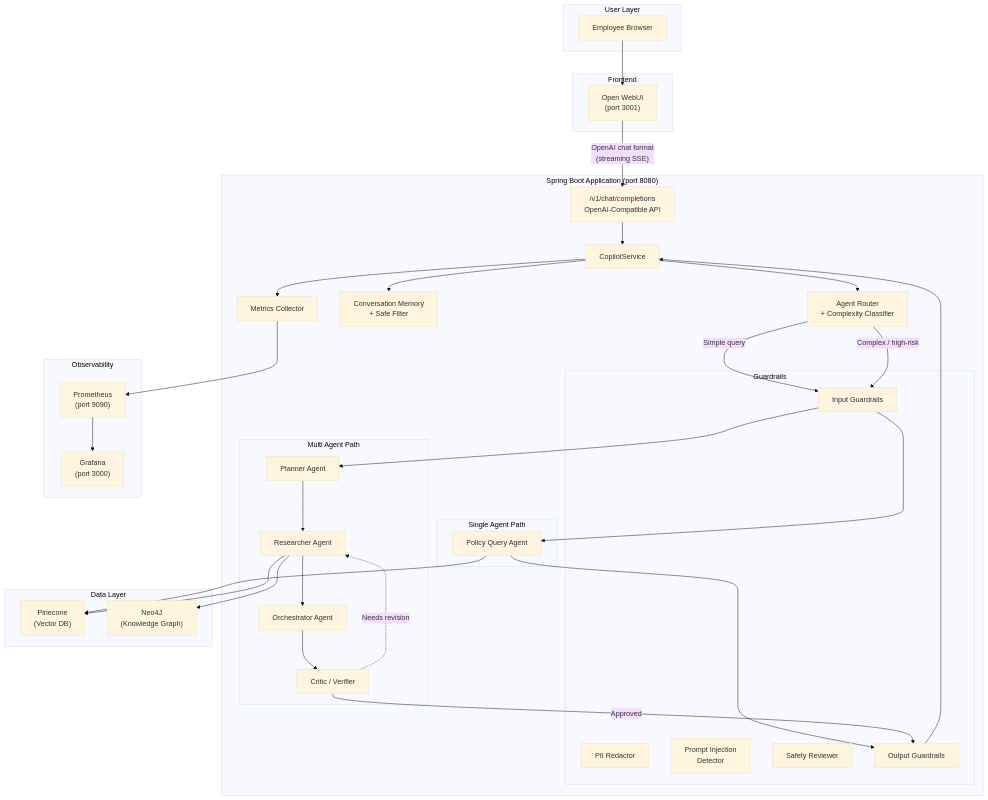
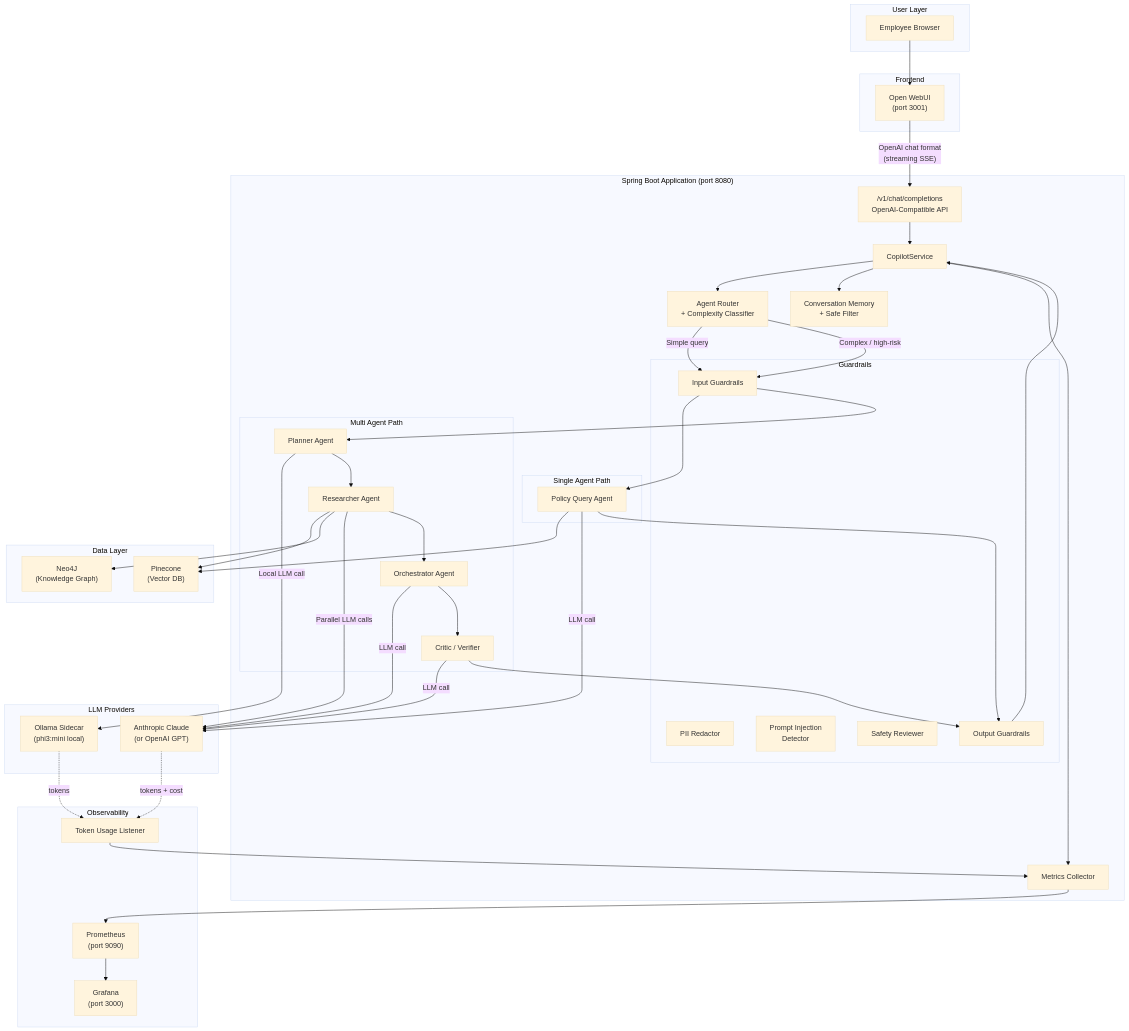
Before and after one commit to kantheti73/policy_incident_copilot: the first of 2 diagrams in README.md, drawn with Mermaid (base theme). The commit also changed other lines of this file, not shown here.

Commit message:
Update README with hybrid LLM, seed policies, and token tracking docs

```diff
--- a/README.md
+++ b/README.md
@@ -67,9 +69,15 @@
         Neo4J["Neo4J\n(Knowledge Graph)"]
     end
 
+    subgraph LLM Providers
+        Anthropic["Anthropic Claude\n(or OpenAI GPT)"]
+        Ollama["Ollama Sidecar\n(phi3:mini local)"]
+    end
+
     subgraph Observability
         Prometheus["Prometheus\n(port 9090)"]
         Grafana["Grafana\n(port 3000)"]
+        TokenListener["Token Usage Listener"]
     end
 
     Browser --> WebUI
@@ -80,15 +88,23 @@
     Router -- "Complex / high-risk" --> InputG --> Planner
 
     PolicyAgent --> Pinecone
+    PolicyAgent -- "LLM call" --> Anthropic
     PolicyAgent --> OutputG
 
+    Planner -- "Local LLM call" --> Ollama
     Planner --> Researcher
     Researcher --> Pinecone
     Researcher --> Neo4J
+    Researcher -- "Parallel LLM calls" --> Anthropic
     Researcher --> Orchestrator
+    Orchestrator -- "LLM call" --> Anthropic
     Orchestrator --> Critic
-    Critic -- "Approved" --> OutputG
-    Critic -. "Needs revision" .-> Researcher
+    Critic -- "LLM call" --> Anthropic
+    Critic --> OutputG
+
+    Anthropic -. "tokens + cost" .-> TokenListener
+    Ollama -. "tokens" .-> TokenListener
+    TokenListener --> Metrics
 
     OutputG --> Copilot
     Copilot --> Memory
```
